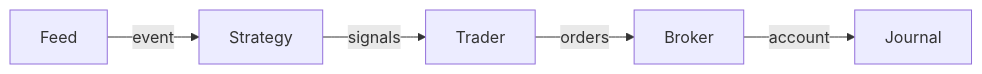
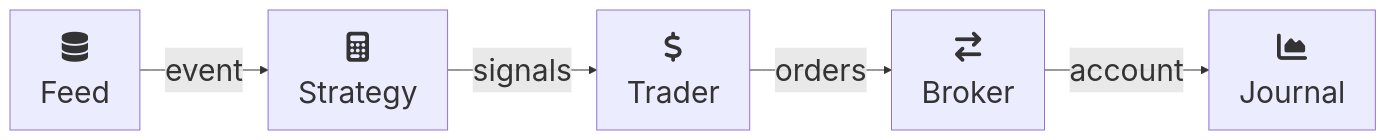
The diagram in docs/core/run.md (neurallayer/roboquant.py), drawn with Mermaid before and after one commit. The commit also changed other lines of this file and 9 other files, not shown here.

Commit message:
better diagram

````diff
--- a/docs/core/run.md
+++ b/docs/core/run.md
@@ -9,11 +9,15 @@
 ```mermaid
+---
+config:
+    themeVariables:
+        fontSize: '30px'
+---
 flowchart LR
- 
-    Feed["Feed"]
-    Strategy["Strategy"]
-    Trader["Trader"]
-    Broker["Broker"]
-    Journal["Journal"]
-    
-    Feed -- event --> Strategy -- signals --> Trader -- orders --> Broker -- account --> Journal 
+    Feed["fa:fa-database<br>Feed"]
+    Strategy["fa:fa-calculator<br>Strategy"]
+    Trader["fa:fa-dollar<br>Trader"]
+    Broker["fa:fa-exchange<br>Broker"]
+    Journal["fa:fa-area-chart<br>Journal"]
+    Feed -- event --> Strategy -- signals --> Trader -- orders --> Broker -- account --> Journal
+    classDef active fill:#00A1FF
 ```
````
